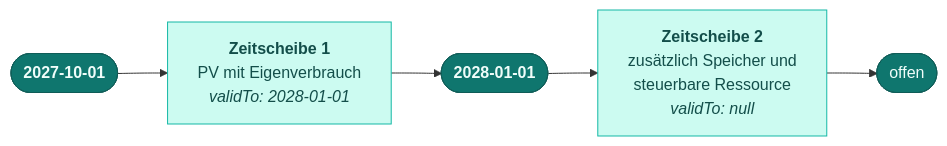
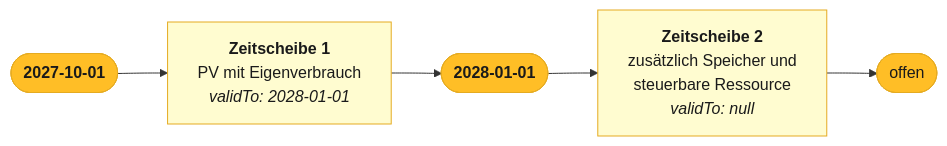
The diagram in architektur/zeitscheiben.mdx (engrate/mako-api-referenzentwurf), drawn with Mermaid before and after one commit. The commit also changed 15 other files, not shown here.

````diff
--- a/architektur/zeitscheiben.mdx
+++ b/architektur/zeitscheiben.mdx
@@ -11,12 +11,12 @@
 ```mermaid
 flowchart LR
     A(["<b>2027-10-01</b>"]) --> S1["<b>Zeitscheibe 1</b><br/>PV mit Eigenverbrauch<br/><i>validTo: 2028-01-01</i>"]
     S1 --> B(["<b>2028-01-01</b>"])
     B --> S2["<b>Zeitscheibe 2</b><br/>zusätzlich Speicher und<br/>steuerbare Ressource<br/><i>validTo: null</i>"]
     S2 --> C(["offen"])
 
-    classDef scheibe fill:#CCFBF1,stroke:#14B8A6,color:#134E4A
-    classDef grenze fill:#0F766E,stroke:#115E59,color:#F0FDFA
+    classDef scheibe fill:#FFFCD0,stroke:#E5AB22,color:#1A1A1A
+    classDef grenze fill:#FFBE26,stroke:#E5AB22,color:#1A1A1A
     class S1,S2 scheibe
     class A,B,C grenze
 ```
````
